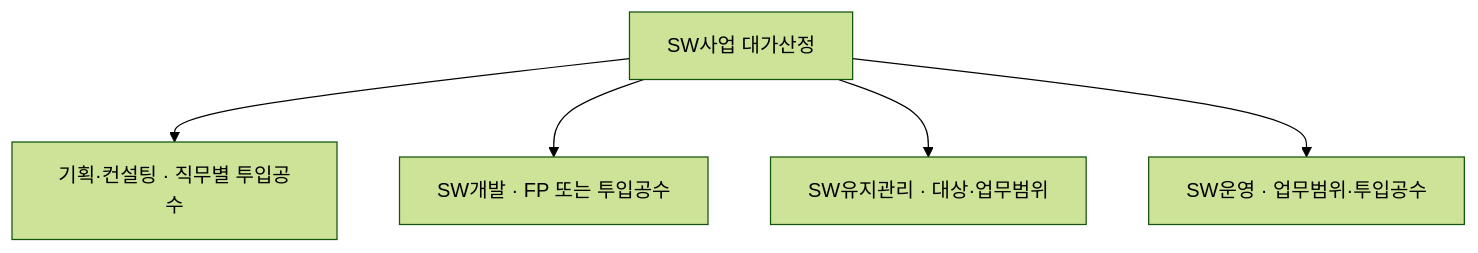
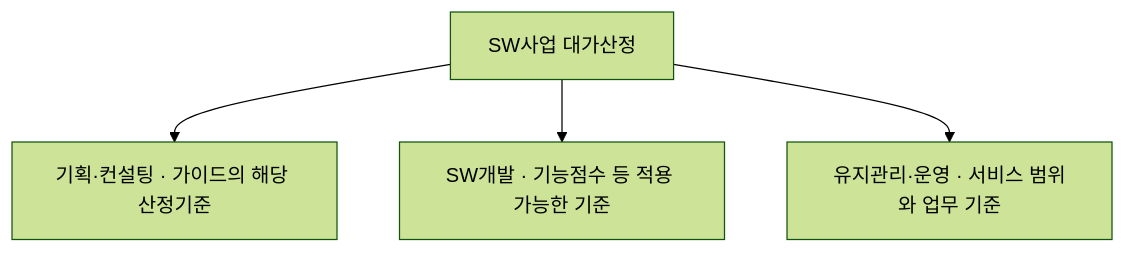
One commit to agnusdei1207/study changed the second of 3 diagrams in src/content/docs/notes/itpe/01-it-strategy/026_software_cost_estimation.md. Above: the diagram before and after it, drawn with Mermaid (forest theme). The commit also changed other lines of this file and 4 other files, not shown here.

````diff
--- a/src/content/docs/notes/itpe/01-it-strategy/026_software_cost_estimation.md
+++ b/src/content/docs/notes/itpe/01-it-strategy/026_software_cost_estimation.md
@@ -95,8 +96,7 @@
 ```mermaid
 flowchart TD
     ROOT["SW사업 대가산정"]
-    ROOT --> P["기획·컨설팅 · 직무별 투입공수"]
-    ROOT --> D["SW개발 · FP 또는 투입공수"]
-    ROOT --> M["SW유지관리 · 대상·업무범위"]
-    ROOT --> O["SW운영 · 업무범위·투입공수"]
+    ROOT --> P["기획·컨설팅 · 가이드의 해당 산정기준"]
+    ROOT --> D["SW개발 · 기능점수 등 적용 가능한 기준"]
+    ROOT --> M["유지관리·운영 · 서비스 범위와 업무 기준"]
 ```
````
